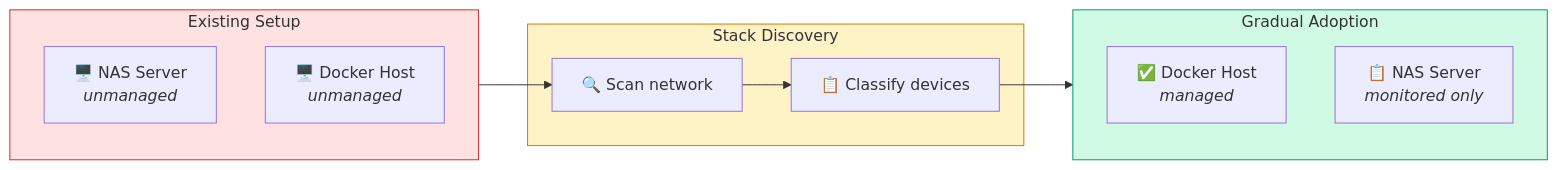
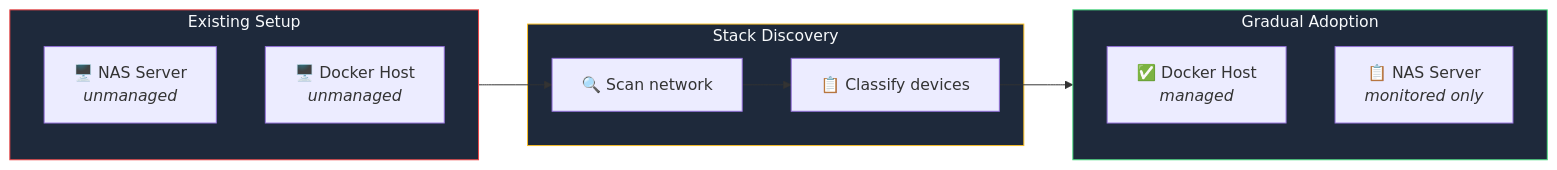
One commit to KombiverseLabs/docs changed the fifth of 5 diagrams in stack/overview.mdx. Above: the diagram before and after it, drawn with Mermaid. The commit also changed other lines of this file and 33 other files, not shown here.

````diff
--- a/stack/overview.mdx
+++ b/stack/overview.mdx
@@ -256,25 +254,25 @@
 ```mermaid
 flowchart LR
     subgraph Existing["Existing Setup"]
         E1["🖥️ NAS Server<br/><i>unmanaged</i>"]
         E2["🖥️ Docker Host<br/><i>unmanaged</i>"]
     end
 
     subgraph Discovery["Stack Discovery"]
         Scan["🔍 Scan network"]
         Classify["📋 Classify devices"]
     end
 
     subgraph Adoption["Gradual Adoption"]
         M1["✅ Docker Host<br/><i>managed</i>"]
         U1["📋 NAS Server<br/><i>monitored only</i>"]
     end
 
     Existing --> Scan
     Scan --> Classify
     Classify --> Adoption
 
-    style Existing fill:#fee2e2,stroke:#dc2626
-    style Discovery fill:#fef3c7,stroke:#d97706
-    style Adoption fill:#d1fae5,stroke:#059669
+    style Existing fill:#1e293b,stroke:#ef4444,color:#f8fafc
+    style Discovery fill:#1e293b,stroke:#fbbf24,color:#f8fafc
+    style Adoption fill:#1e293b,stroke:#4ade80,color:#f8fafc
 ```
````
